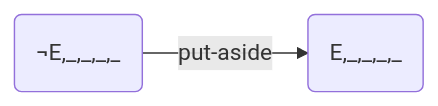
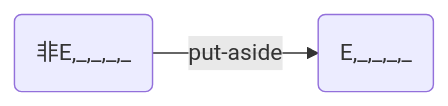
Diagram 11 of 29 in docs/SolversBaseOnPDDL/GP_Numerical/图法QNP.md (Tridu33/ZERO-Starting-AI-Planning-in-PDDL-Descripted-World), drawn with Mermaid before and after one commit. The commit also changed other lines of this file and 25 other files, not shown here.

````diff
--- a/docs/SolversBaseOnPDDL/GP_Numerical/图法QNP.md
+++ b/docs/SolversBaseOnPDDL/GP_Numerical/图法QNP.md
@@ -267,4 +267,4 @@
 ```mermaid
 graph LR;
-　　S_(&notE,_,_,_,_) -->|put-aside| S__(E,_,_,_,_);
+　　S_(非E,_,_,_,_) -->|put-aside| S__(E,_,_,_,_);
 ```
````
